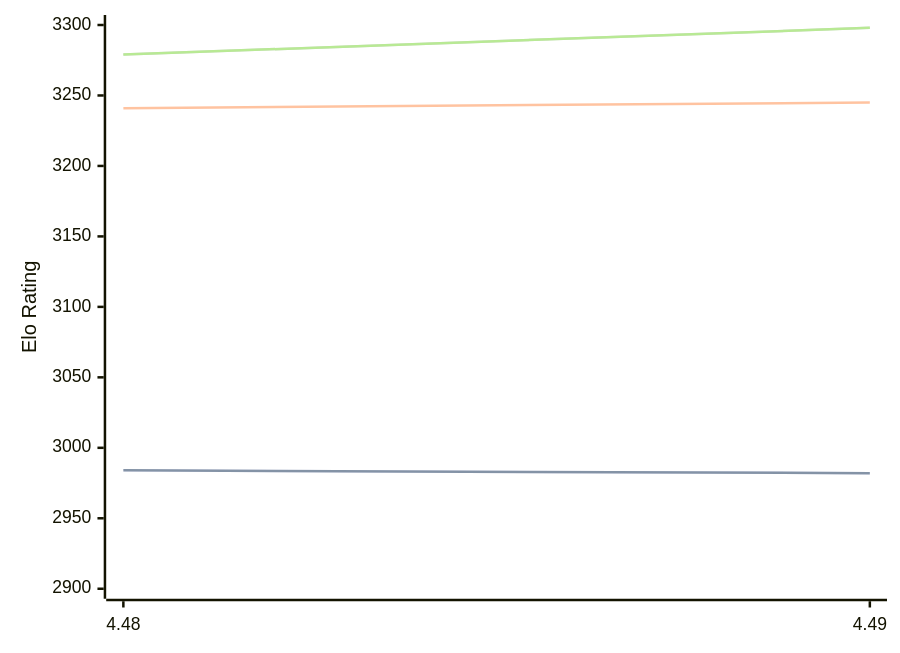
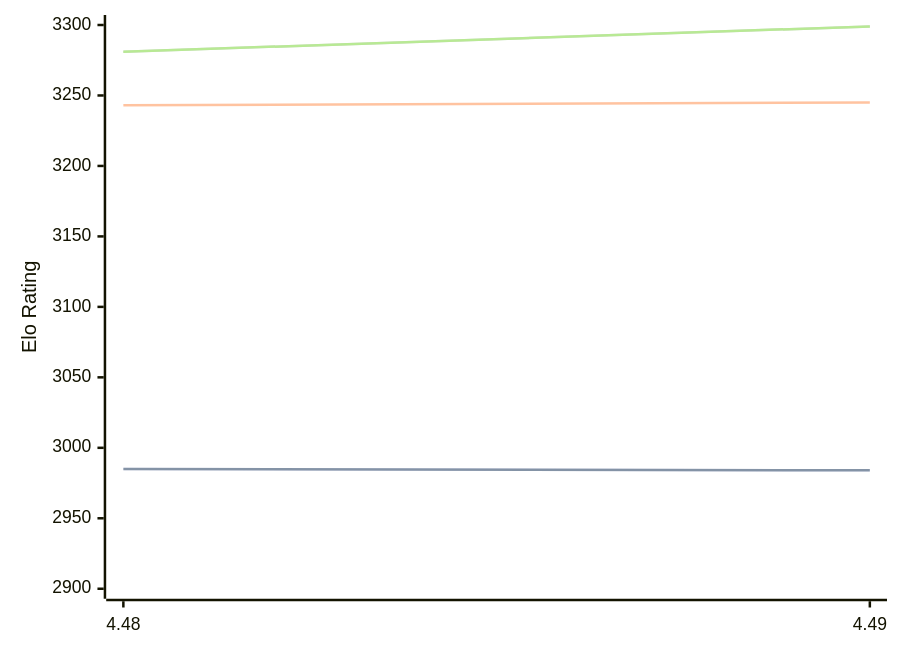
Before and after one commit to computer-chess-index/cci: the diagram in engines/Cheng4.md, drawn with Mermaid. The commit also changed other lines of this file, not shown here.

Commit message:
Update CCI Ratings (ELO VLTC) - 2026-09-16

````diff
--- a/engines/Cheng4.md
+++ b/engines/Cheng4.md
@@ -32,11 +32,11 @@
 ```mermaid
 %%{init: {"theme":"base","themeVariables":{"seriesColors:['#a3a3a3','#222221','#faa371']}}}%%
 xychart-beta
   x-axis ["4.48", "4.49"]
   y-axis "Elo Rating" 2900 --> 3300
-  line "" [2984, 2982]
-  line "STC (8.0+0.08s)" [2984, 2982]
-  line "LTC (60.0+0.60s)" [3241, 3245]
-  line "" [3279, 3298]
-  line "VLTC (2m24s+1.12s)" [3279, 3298]
+  line "" [2985, 2984]
+  line "STC (8.0+0.08s)" [2985, 2984]
+  line "LTC (60.0+0.60s)" [3243, 3245]
+  line "" [3281, 3299]
+  line "VLTC (2m24s+1.12s)" [3281, 3299]
 ```
````
